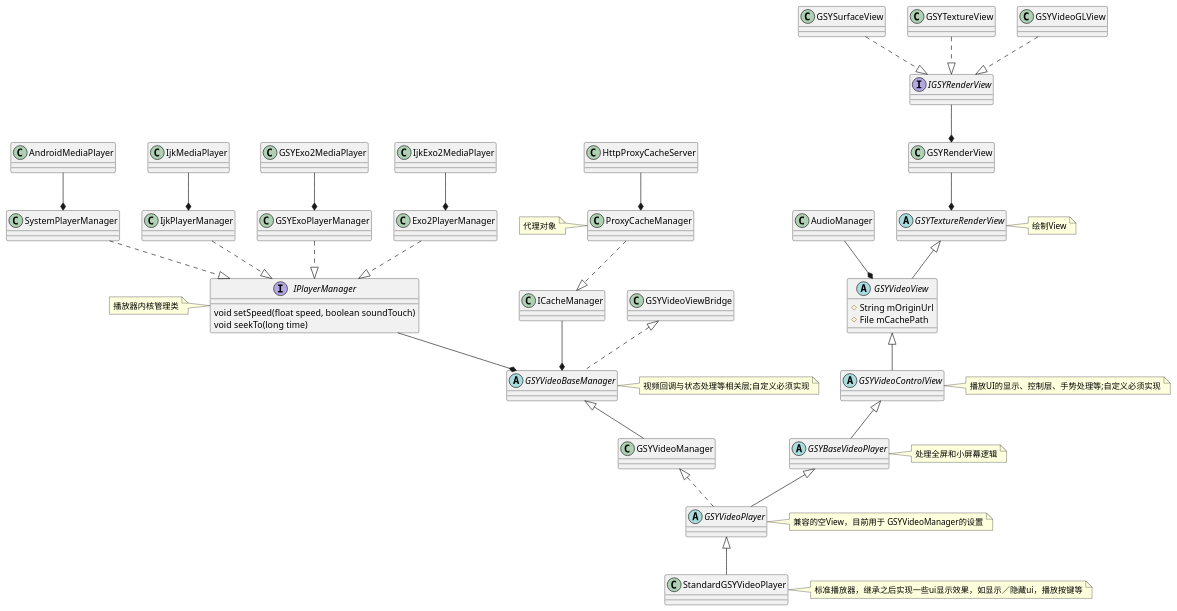
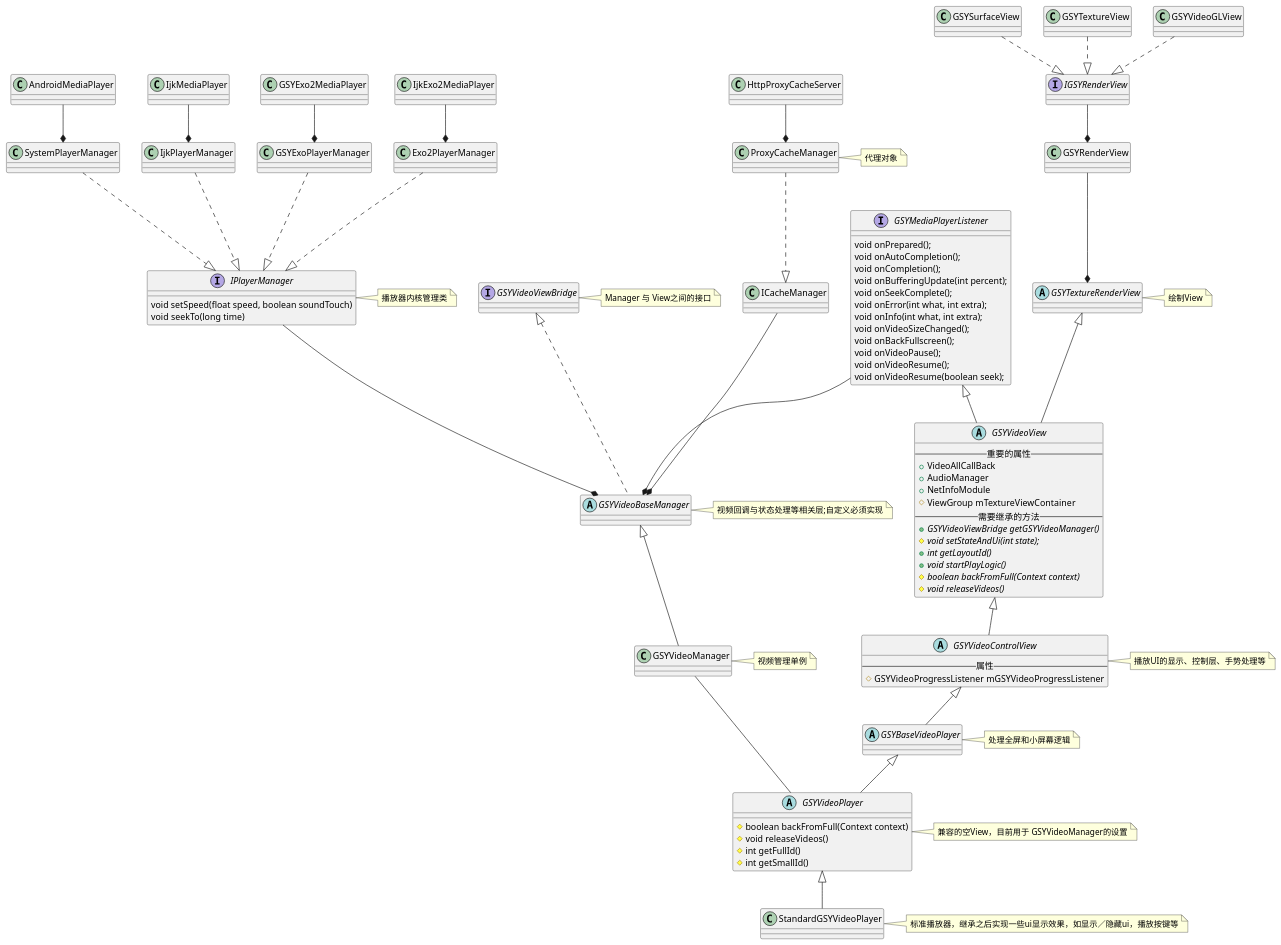
One commit to yufns/uml changed the diagram in uml/gsyplayer/class/main_class.puml. Above: the diagram before and after it, drawn with PlantUML. The commit also changed 3 other files, not shown here.

```diff
--- a/uml/gsyplayer/class/main_class.puml
+++ b/uml/gsyplayer/class/main_class.puml
@@ -1,73 +1,120 @@
 @startuml
 abstract GSYTextureRenderView
 note right : 绘制View
 abstract GSYVideoView{
-  # String mOriginUrl
-  # File mCachePath
+  --  重要的属性 --
+  + VideoAllCallBack
+  + AudioManager
+  + NetInfoModule
+  # ViewGroup mTextureViewContainer
+  -- 需要继承的方法 --
+  {abstract} + GSYVideoViewBridge getGSYVideoManager()
+  {abstract} # void setStateAndUi(int state);
+  {abstract} + int getLayoutId()
+  {abstract} + void startPlayLogic()
+  {abstract} # boolean backFromFull(Context context)
+  {abstract} # void releaseVideos()
 }
 abstract GSYVideoBaseManager{
 
 }
 note right : 视频回调与状态处理等相关层;自定义必须实现
-abstract GSYVideoControlView
-note right : 播放UI的显示、控制层、手势处理等;自定义必须实现
+abstract GSYVideoControlView{
+  --  属性 --
+  # GSYVideoProgressListener mGSYVideoProgressListener
+}
+note right : 播放UI的显示、控制层、手势处理等
 abstract GSYBaseVideoPlayer
 note right : 处理全屏和小屏幕逻辑
-abstract GSYVideoPlayer
+abstract GSYVideoPlayer{
+  # boolean backFromFull(Context context)
+  # void releaseVideos()
+  # int getFullId()
+  # int getSmallId()
+}
 note right : 兼容的空View，目前用于 GSYVideoManager的设置
 class StandardGSYVideoPlayer
 note right : 标准播放器，继承之后实现一些ui显示效果，如显示／隐藏ui，播放按键等
 
 interface IPlayerManager{
   void setSpeed(float speed, boolean soundTouch)
   void seekTo(long time)
 }
-note left : 播放器内核管理类
+note right : 播放器内核管理类
 
-AudioManager --* GSYVideoView
+
+interface GSYVideoViewBridge{
+
+}
+note right : Manager 与 View之间的接口
+
+
+
+
+interface GSYMediaPlayerListener{
+    void onPrepared();
+    void onAutoCompletion();
+    void onCompletion();
+    void onBufferingUpdate(int percent);
+    void onSeekComplete();
+    void onError(int what, int extra);
+    void onInfo(int what, int extra);
+    void onVideoSizeChanged();
+    void onBackFullscreen();
+    void onVideoPause();
+    void onVideoResume();
+    void onVideoResume(boolean seek);
+}
+GSYMediaPlayerListener <|-- GSYVideoView
+
 
 class GSYRenderView
 interface IGSYRenderView
 
 class GSYSurfaceView
 class GSYTextureView
 class GSYVideoGLView
 class ProxyCacheManager
-note left : 代理对象
+note right : 代理对象
 
 GSYTextureRenderView <|-- GSYVideoView
 GSYRenderView --* GSYTextureRenderView
 IGSYRenderView --* GSYRenderView
 
 
 GSYSurfaceView ..|> IGSYRenderView
 GSYTextureView ..|> IGSYRenderView
 GSYVideoGLView ..|> IGSYRenderView
 
+class GSYVideoManager{
 
-GSYVideoManager <|.. GSYVideoPlayer
+}
+
+note right:视频管理单例
+GSYVideoManager -- GSYVideoPlayer
 GSYVideoBaseManager <|-- GSYVideoManager
 IPlayerManager --* GSYVideoBaseManager
 ICacheManager --* GSYVideoBaseManager
 GSYVideoViewBridge <|.. GSYVideoBaseManager
+
 ProxyCacheManager ..|> ICacheManager
 HttpProxyCacheServer --* ProxyCacheManager
 
 
 SystemPlayerManager ..|> IPlayerManager
 IjkPlayerManager ..|> IPlayerManager
 GSYExoPlayerManager ..|> IPlayerManager
 Exo2PlayerManager ..|> IPlayerManager
 AndroidMediaPlayer --* SystemPlayerManager
 IjkMediaPlayer --* IjkPlayerManager
 GSYExo2MediaPlayer --* GSYExoPlayerManager
 IjkExo2MediaPlayer --* Exo2PlayerManager
 
 
 GSYVideoView <|-- GSYVideoControlView
 GSYVideoControlView <|-- GSYBaseVideoPlayer
 GSYBaseVideoPlayer <|-- GSYVideoPlayer
 GSYVideoPlayer <|-- StandardGSYVideoPlayer
-
+GSYMediaPlayerListener --* GSYVideoBaseManager
 
 @enduml
```
